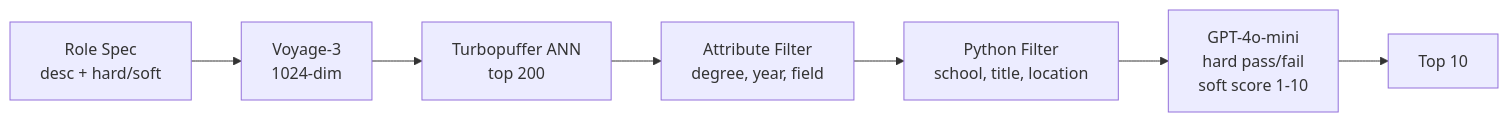
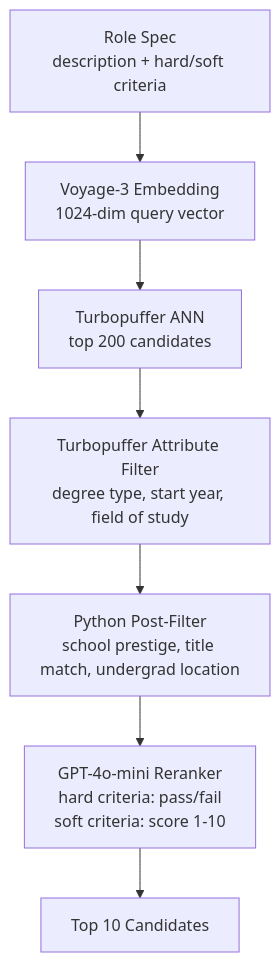
Before and after one commit to jameswniu/candidate-search-vector-rerank-semantics: the diagram in README.md, drawn with Mermaid. The commit also changed other lines of this file, not shown here.

Commit message:
standardize Hard Criteria Pass Rates column header across both results tables

````diff
--- a/README.md
+++ b/README.md
@@ -23,9 +23,9 @@
 ```mermaid
-flowchart LR
-    Q["Role Spec<br/>desc + hard/soft"] --> EMB["Voyage-3<br/>1024-dim"]
-    EMB --> Turbopuffer["Turbopuffer ANN<br/>top 200"]
-    Turbopuffer --> AF["Attribute Filter<br/>degree, year, field"]
-    AF --> PF["Python Filter<br/>school, title, location"]
-    PF --> LLM["GPT-4o-mini<br/>hard pass/fail<br/>soft score 1-10"]
-    LLM --> TOP["Top 10"]
+flowchart TD
+    Q["Role Spec<br/>description + hard/soft criteria"] --> EMB["Voyage-3 Embedding<br/>1024-dim query vector"]
+    EMB --> DB["Turbopuffer ANN<br/>top 200 candidates"]
+    DB --> AF["Turbopuffer Attribute Filter<br/>degree type, start year, field of study"]
+    AF --> PF["Python Post-Filter<br/>school prestige, title match, undergrad location"]
+    PF --> LLM["GPT-4o-mini Reranker<br/>hard criteria: pass/fail<br/>soft criteria: score 1-10"]
+    LLM --> TOP["Top 10 Candidates"]
 ```
````
